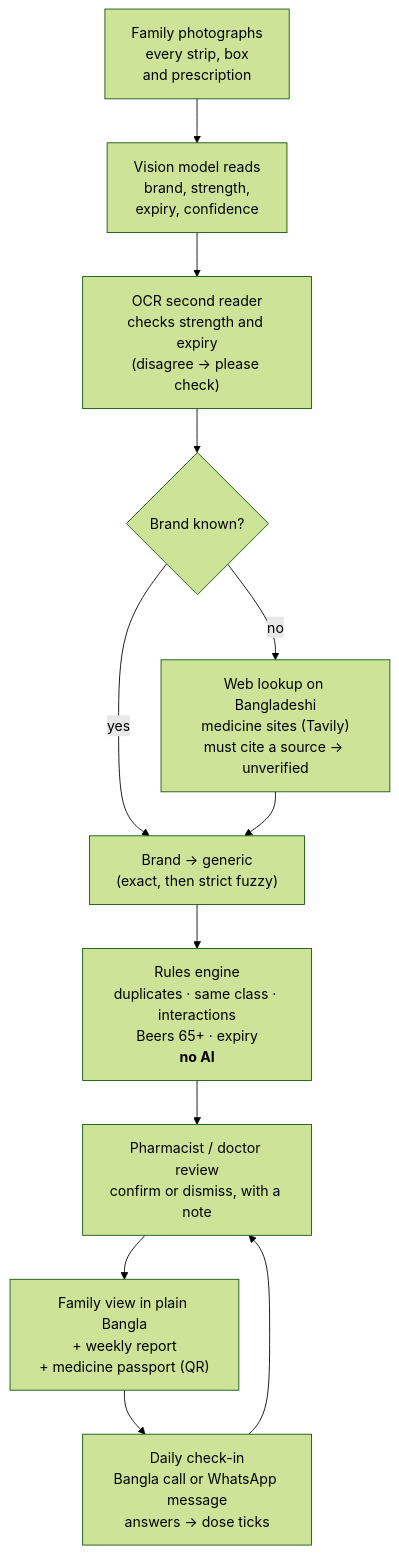
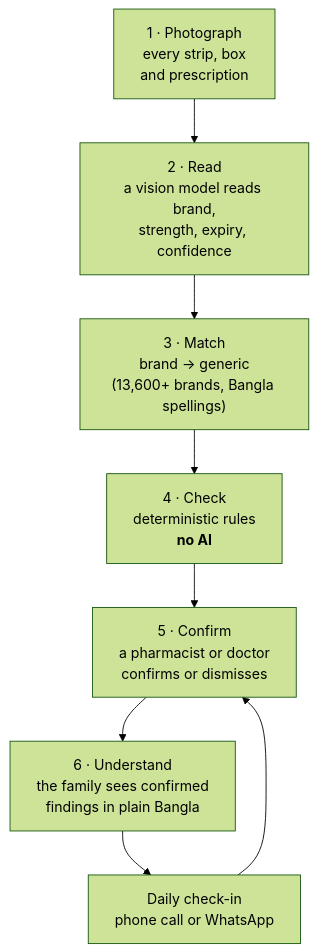
Before and after one commit to ProttoyDip/OushodhSathi-: the diagram in README.md, drawn with Mermaid (forest theme). The commit also changed other lines of this file and 11 other files, not shown here.

````diff
--- a/README.md
+++ b/README.md
@@ -44,14 +88,10 @@
 ```mermaid
 flowchart TD
-    A["Family photographs<br/>every strip, box<br/>and prescription"] --> B["Vision model reads<br/>brand, strength,<br/>expiry, confidence"]
-    B --> Q["OCR second reader<br/>checks strength and expiry<br/>(disagree → please check)"]
-    Q --> C{"Brand known?"}
-    C -- "yes" --> D["Brand → generic<br/>(exact, then strict fuzzy)"]
-    C -- "no" --> W["Web lookup on Bangladeshi<br/>medicine sites (Tavily)<br/>must cite a source → unverified"]
-    W --> D
-    D --> E["Rules engine<br/>duplicates · same class · interactions<br/>Beers 65+ · expiry<br/><b>no AI</b>"]
-    E --> F["Pharmacist / doctor review<br/>confirm or dismiss, with a note"]
-    F --> G["Family view in plain Bangla<br/>+ weekly report<br/>+ medicine passport (QR)"]
-    G --> H["Daily check-in<br/>Bangla call or WhatsApp message<br/>answers → dose ticks"]
-    H --> F
+    A["1 · Photograph<br/>every strip, box<br/>and prescription"] --> B["2 · Read<br/>a vision model reads brand,<br/>strength, expiry, confidence"]
+    B --> C["3 · Match<br/>brand → generic<br/>(13,600+ brands, Bangla spellings)"]
+    C --> D["4 · Check<br/>deterministic rules<br/><b>no AI</b>"]
+    D --> E["5 · Confirm<br/>a pharmacist or doctor<br/>confirms or dismisses"]
+    E --> F["6 · Understand<br/>the family sees confirmed<br/>findings in plain Bangla"]
+    F --> G["Daily check-in<br/>phone call or WhatsApp"]
+    G --> E
 ```
````
